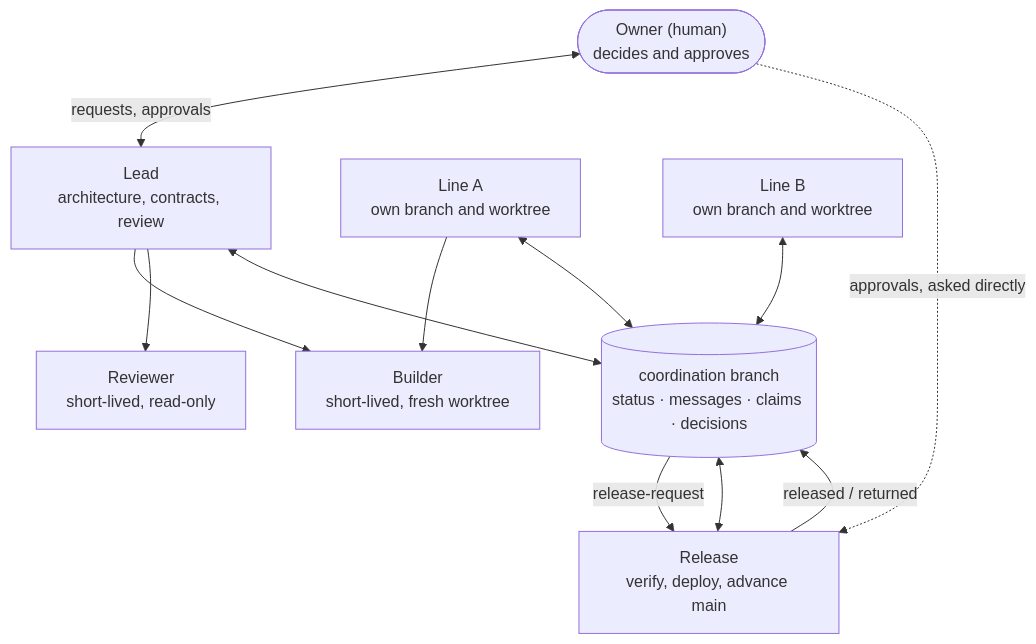
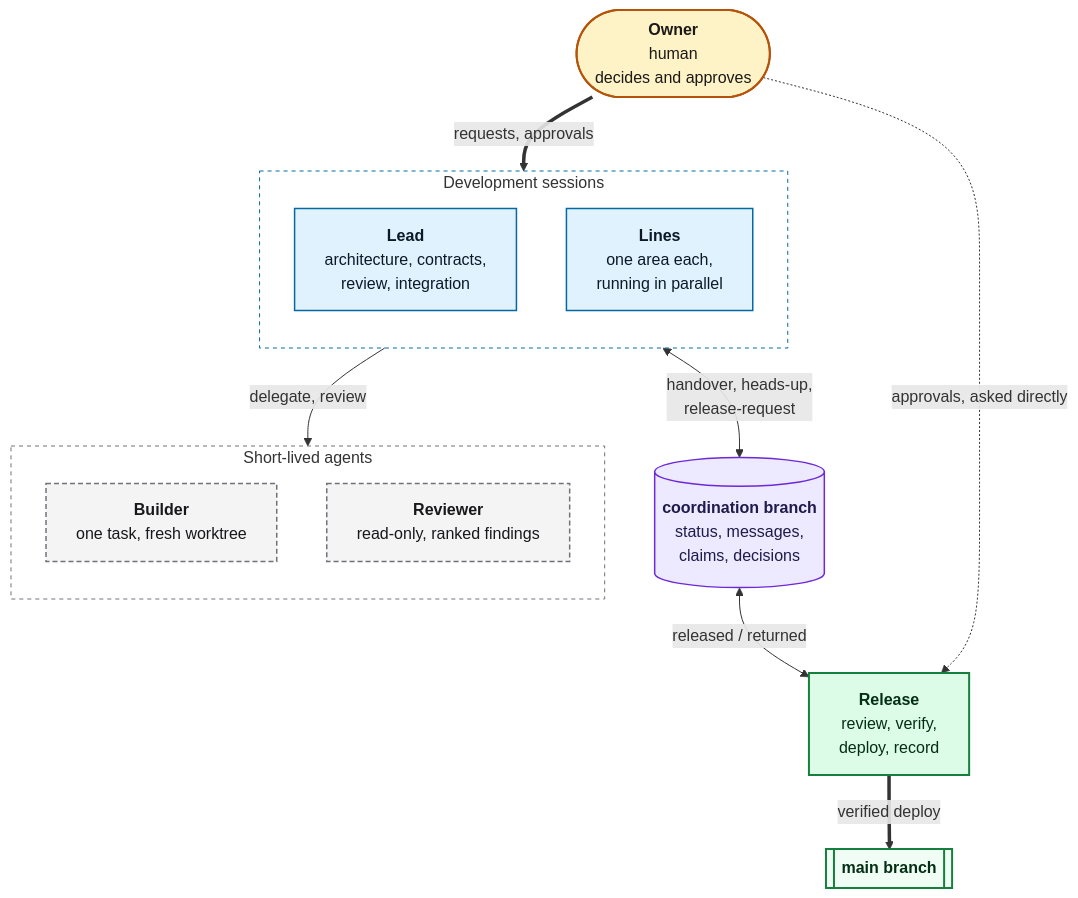
The diagram in README.md (gao-xh/multi-agent-protocol), drawn with Mermaid before and after one commit. The commit also changed other lines of this file and 2 other files, not shown here.

Commit message:
docs: redraw role diagram and move related work to docs

````diff
--- a/README.md
+++ b/README.md
@@ -47,23 +49,42 @@
 ```mermaid
 flowchart TB
-    owner(["Owner (human)<br/>decides and approves"])
-    lead["Lead<br/>architecture, contracts, review"]
-    lineA["Line A<br/>own branch and worktree"]
-    lineB["Line B<br/>own branch and worktree"]
-    release["Release<br/>verify, deploy, advance main"]
-    builder["Builder<br/>short-lived, fresh worktree"]
-    reviewer["Reviewer<br/>short-lived, read-only"]
-    board[("coordination branch<br/>status · messages · claims · decisions")]
+    owner(["<b>Owner</b><br/>human<br/>decides and approves"])
 
-    owner <-->|requests, approvals| lead
-    owner -.->|approvals, asked directly| release
-    lead --> builder
-    lineA --> builder
-    lead --> reviewer
-    lead <--> board
-    lineA <--> board
-    lineB <--> board
-    release <--> board
-    board -->|release-request| release
-    release -->|released / returned| board
+    subgraph dev["Development sessions"]
+        direction TB
+        lead["<b>Lead</b><br/>architecture, contracts,<br/>review, integration"]
+        lines["<b>Lines</b><br/>one area each,<br/>running in parallel"]
+    end
+
+    subgraph helpers["Short-lived agents"]
+        direction TB
+        builder["<b>Builder</b><br/>one task, fresh worktree"]
+        reviewer["<b>Reviewer</b><br/>read-only, ranked findings"]
+    end
+
+    board[("<b>coordination branch</b><br/>status, messages,<br/>claims, decisions")]
+    release["<b>Release</b><br/>review, verify,<br/>deploy, record"]
+    main[["<b>main branch</b>"]]
+
+    owner == "requests, approvals" ==> dev
+    dev -- "delegate, review" --> helpers
+    dev <-- "handover, heads-up,<br/>release-request" --> board
+    board <-- "released / returned" --> release
+    owner -. "approvals, asked directly" .-> release
+    release == "verified deploy" ==> main
+
+    classDef ownerNode fill:#fef3c7,stroke:#b45309,stroke-width:2px,color:#1c1917
+    classDef sessionNode fill:#e0f2fe,stroke:#0369a1,stroke-width:1.5px,color:#0c1a26
+    classDef releaseNode fill:#dcfce7,stroke:#15803d,stroke-width:2px,color:#052e16
+    classDef helperNode fill:#f4f4f5,stroke:#71717a,stroke-width:1.5px,stroke-dasharray:5 3,color:#18181b
+    classDef boardNode fill:#ede9fe,stroke:#6d28d9,stroke-width:1.5px,color:#1e1b4b
+    classDef mainNode fill:#f0fdf4,stroke:#15803d,stroke-width:2px,color:#052e16
+    class owner ownerNode
+    class lead,lines sessionNode
+    class release releaseNode
+    class builder,reviewer helperNode
+    class board boardNode
+    class main mainNode
+    style dev fill:transparent,stroke:#0369a1,stroke-width:1px,stroke-dasharray:4 4
+    style helpers fill:transparent,stroke:#71717a,stroke-width:1px,stroke-dasharray:4 4
 ```
````
